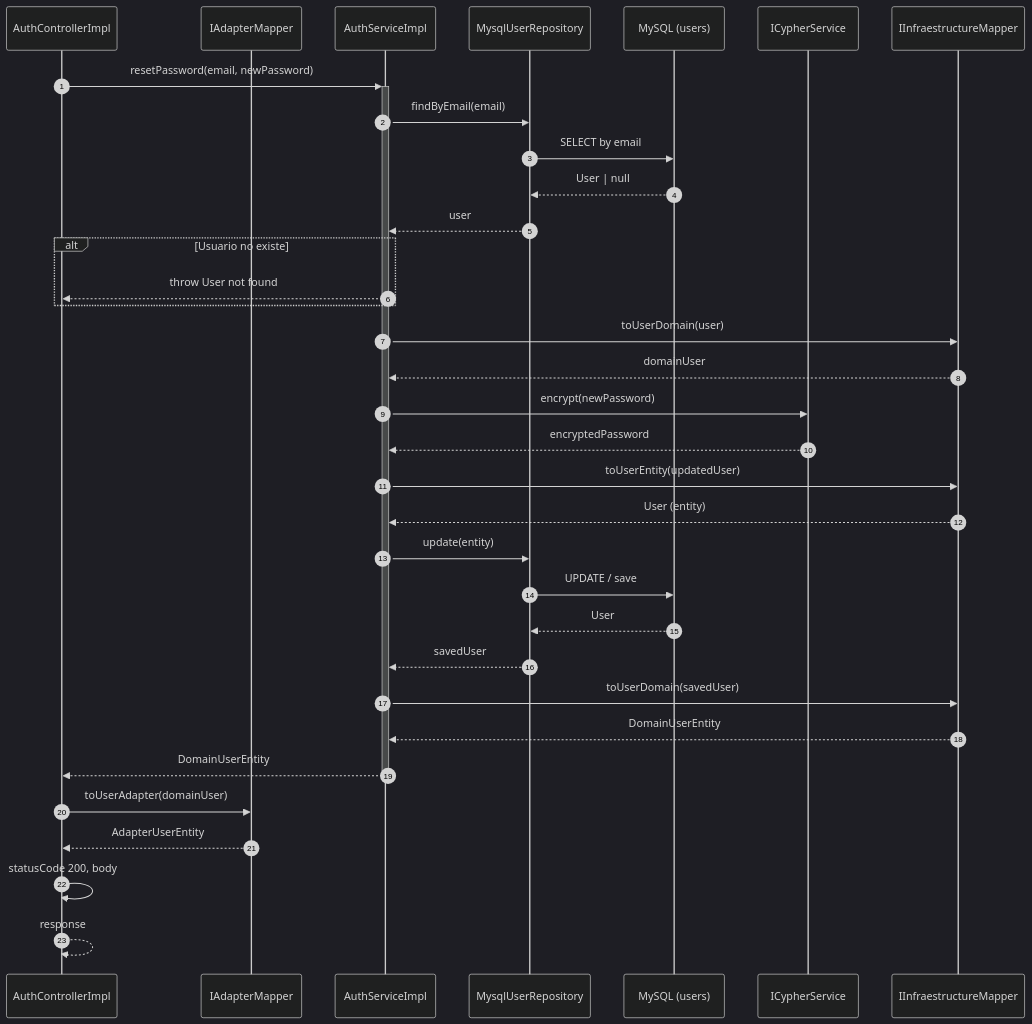
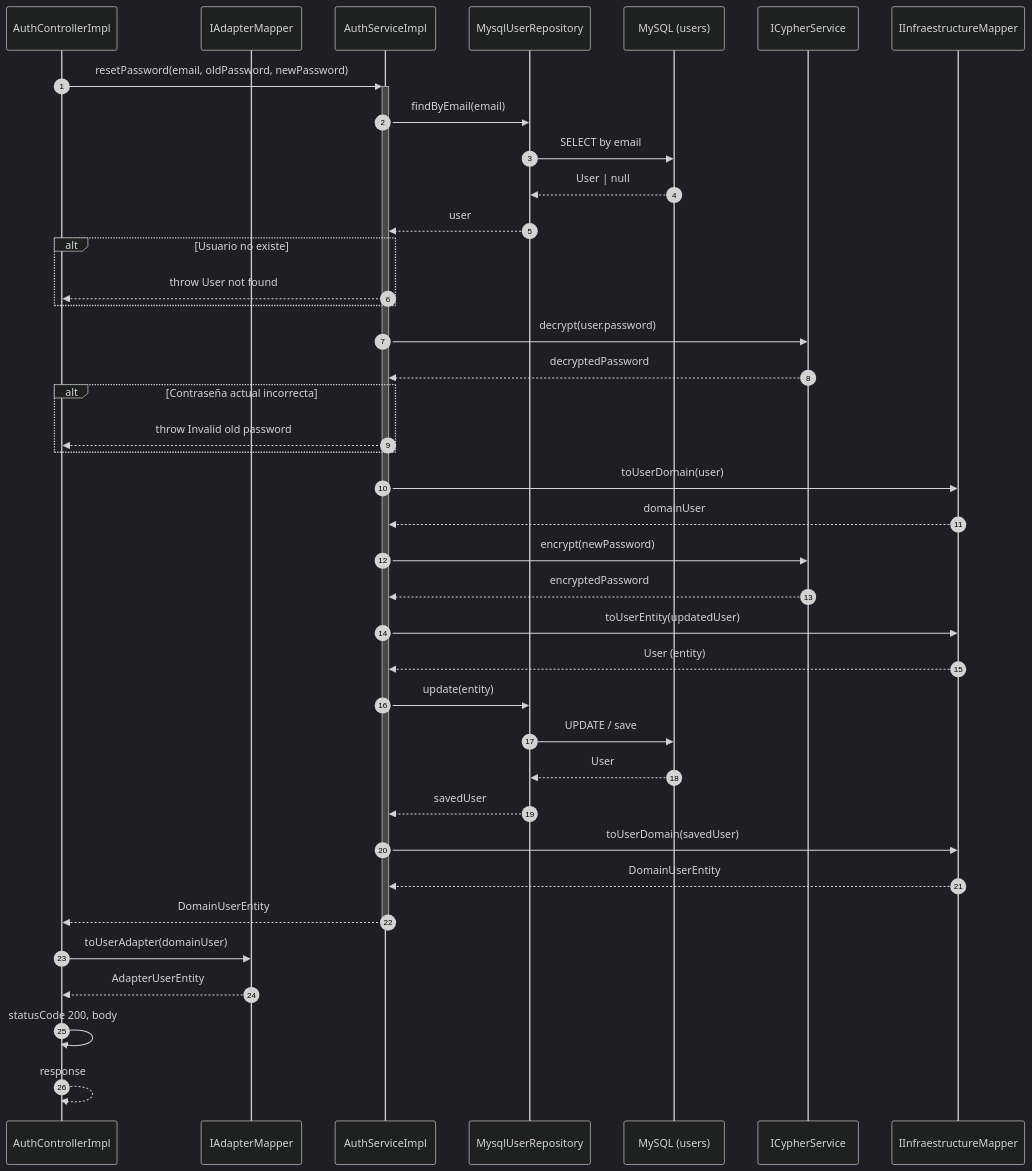
The diagram in docs/sequence-reset-password.mmd (david-ortegac/ms_rapiserv_auth_lambdas), drawn with Mermaid (dark theme) before and after one commit. The commit also changed 7 other files, not shown here.

Commit message:
♻️ Added validate to reset password, added changes in diagrams

```diff
--- a/docs/sequence-reset-password.mmd
+++ b/docs/sequence-reset-password.mmd
@@ -1,37 +1,43 @@
 %% Secuencia - Reset password (POST /reset-password)
+%% Requiere: email, oldPassword, newPassword (validación de contraseña actual)
 
 sequenceDiagram
     autonumber
     participant Ctrl as AuthControllerImpl
     participant Mapper as IAdapterMapper
     participant Svc as AuthServiceImpl
     participant Repo as MysqlUserRepository
     participant DB as MySQL (users)
     participant Cypher as ICypherService
     participant InfraMap as IInfraestructureMapper
 
-    Ctrl->>+Svc: resetPassword(email, newPassword)
+    Ctrl->>+Svc: resetPassword(email, oldPassword, newPassword)
     Svc->>Repo: findByEmail(email)
     Repo->>DB: SELECT by email
     DB-->>Repo: User | null
     Repo-->>Svc: user
     alt Usuario no existe
         Svc-->>Ctrl: throw User not found
+    end
+    Svc->>Cypher: decrypt(user.password)
+    Cypher-->>Svc: decryptedPassword
+    alt Contraseña actual incorrecta
+        Svc-->>Ctrl: throw Invalid old password
     end
     Svc->>InfraMap: toUserDomain(user)
     InfraMap-->>Svc: domainUser
     Svc->>Cypher: encrypt(newPassword)
     Cypher-->>Svc: encryptedPassword
     Svc->>InfraMap: toUserEntity(updatedUser)
     InfraMap-->>Svc: User (entity)
     Svc->>Repo: update(entity)
     Repo->>DB: UPDATE / save
     DB-->>Repo: User
     Repo-->>Svc: savedUser
     Svc->>InfraMap: toUserDomain(savedUser)
     InfraMap-->>Svc: DomainUserEntity
     Svc-->>-Ctrl: DomainUserEntity
     Ctrl->>Mapper: toUserAdapter(domainUser)
     Mapper-->>Ctrl: AdapterUserEntity
     Ctrl->>Ctrl: statusCode 200, body
     Ctrl-->>Ctrl: response
```
